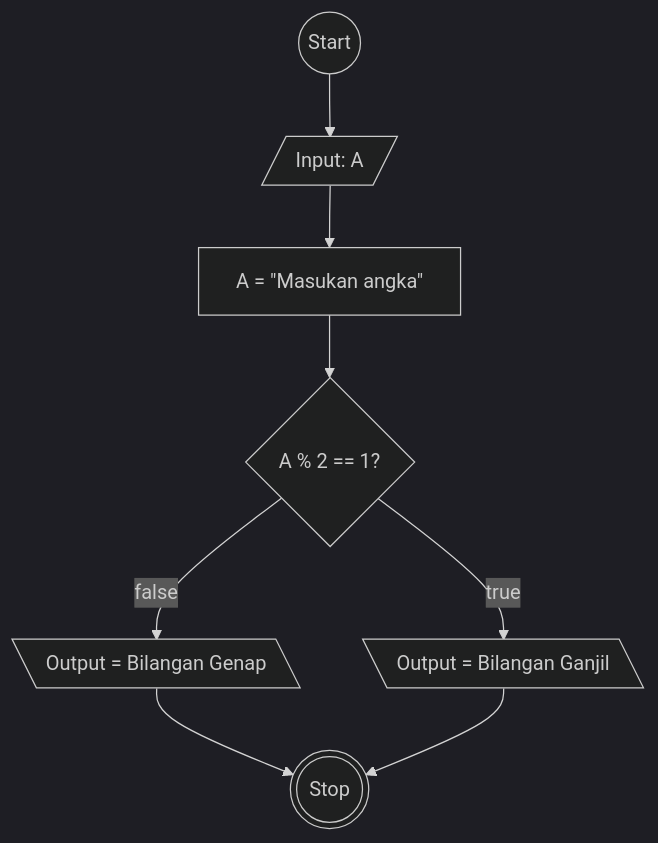
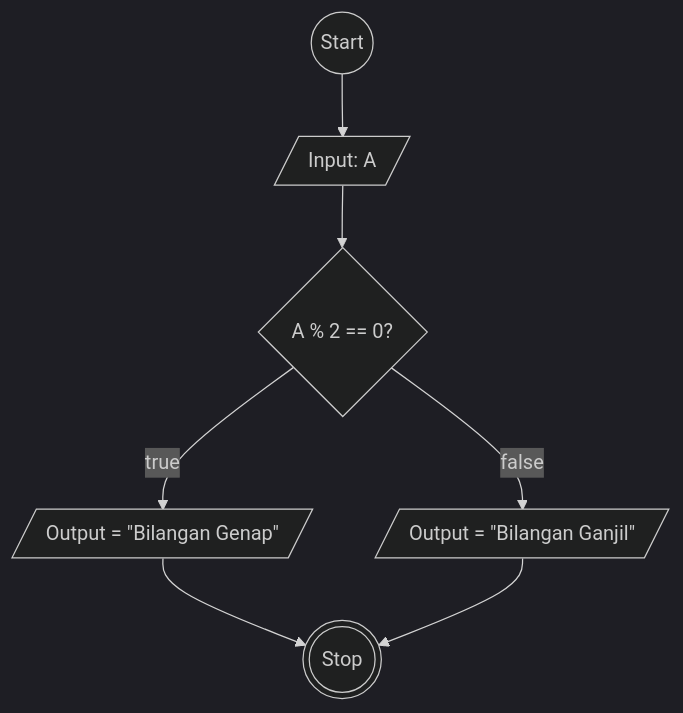
Before and after one commit to Vincentius31/koda-b6-algoritma: the diagram in flowchart-ganjil-genap.md, drawn with Mermaid (dark theme).

````diff
--- a/flowchart-ganjil-genap.md
+++ b/flowchart-ganjil-genap.md
@@ -1,15 +1,14 @@
 ```mermaid
 flowchart TD
     id1((Start))
     id2[/"Input: A"/]
-    id3["A = #quot;Masukan angka#quot;"]
-    id4{A % 2 == 1?}
-    id5[\Output = Bilangan Genap\]
-    id6[\Output = Bilangan Ganjil\]
+    id4{A % 2 == 0?}
+    id5[/Output = #quot;Bilangan Genap#quot;/]
+    id6[/Output = #quot;Bilangan Ganjil#quot;/]
     id7(((Stop)))
 
 
-    id1 --> id2 --> id3 --> id4 -- false --> id5
-    id4 -- true --> id6
+    id1 --> id2 --> id4 -- true --> id5
+    id4 -- false --> id6
     id5 & id6 --> id7
 ```
````
